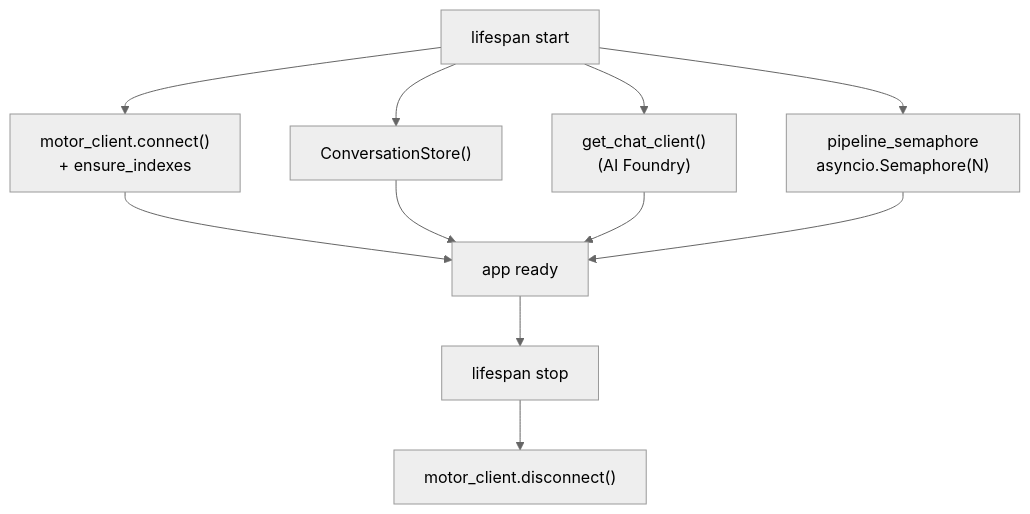
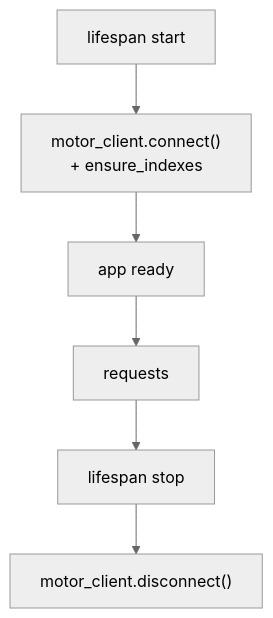
Before and after one commit to Carlosmps97/backend-data-model-hub: the second of 6 diagrams in doc/architecture.md, drawn with Mermaid (neutral theme). The commit also changed other lines of this file and 15 other files, not shown here.

````diff
--- a/doc/architecture.md
+++ b/doc/architecture.md
@@ -82,13 +81,8 @@
 ```mermaid
 flowchart TD
     L0["lifespan start"] --> M["motor_client.connect()<br/>+ ensure_indexes"]
-    L0 --> S["ConversationStore()"]
-    L0 --> C["get_chat_client()<br/>(AI Foundry)"]
-    L0 --> SE["pipeline_semaphore<br/>asyncio.Semaphore(N)"]
     M --> READY["app ready"]
-    S --> READY
-    C --> READY
-    SE --> READY
-    READY --> SHUTDOWN["lifespan stop"]
+    READY --> REQ["requests"]
+    REQ --> SHUTDOWN["lifespan stop"]
     SHUTDOWN --> D["motor_client.disconnect()"]
 ```
````
